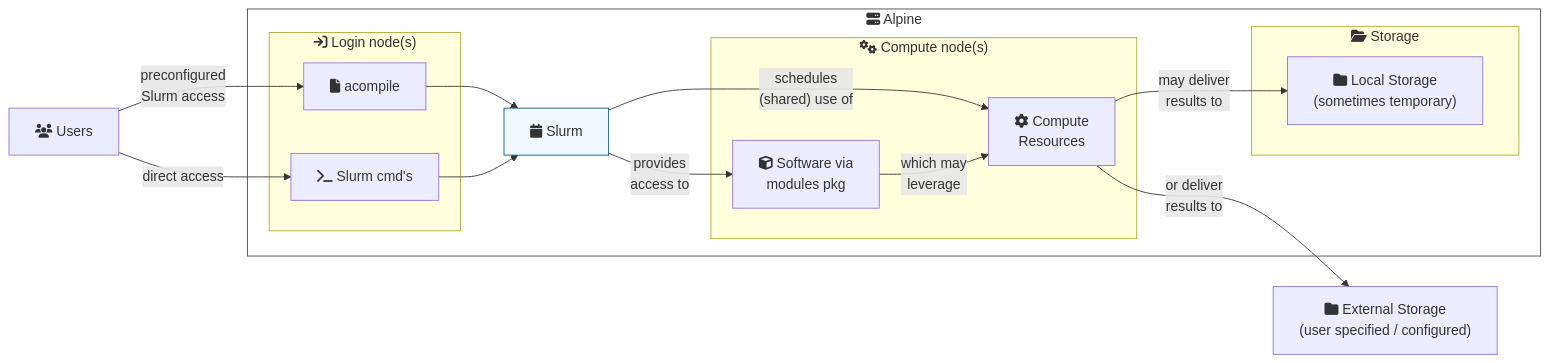
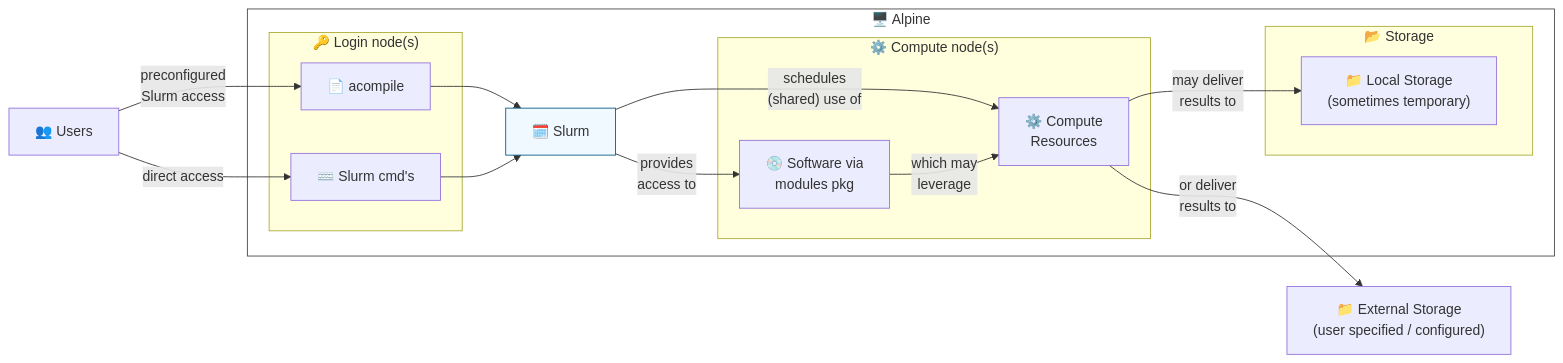
The third of 7 diagrams in README.md (CU-DBMI/example-hpc-alpine-python), drawn with Mermaid before and after one commit. The commit also changed other lines of this file, not shown here.

````diff
--- a/README.md
+++ b/README.md
@@ -80,31 +79,30 @@
 ```mermaid
 flowchart LR
-    users["fa:fa-users Users"]
-    subgraph alpine["fa:fa-server Alpine"]
-        acompile["fa:fa-file acompile"]
-        slurm["fa:fa-calendar Slurm"]
-        subgraph login_nodes["fa:fa-sign-in Login node(s)"]
-            acompile["fa:fa-file acompile"]
-            slurm_cmd["fa:fa-terminal Slurm cmd's"]
+    users["👥 Users"]
+    subgraph alpine["🖥️ Alpine"]
+        slurm["🗓️ Slurm"]
+        subgraph login_nodes["🔑 Login node(s)"]
+            acompile["📄 acompile"]
+            slurm_cmd["⌨️ Slurm cmd's"]
         end
-        subgraph compute_nodes["fa:fa-cogs Compute node(s)"]
-            hardware["fa:fa-cog Compute\nResources"]
-            modules["fa:fa-cube Software via\nmodules pkg"]
+        subgraph compute_nodes["⚙️ Compute node(s)"]
+            hardware["⚙️ Compute\nResources"]
+            modules["💿 Software via\nmodules pkg"]
         end
         
-        subgraph storage["fa:fa-folder-open Storage"]
-            local_storage["fa:fa-folder Local Storage\n(sometimes temporary)"]
+        subgraph storage["📂 Storage"]
+            local_storage["📁 Local Storage\n(sometimes temporary)"]
         end
     end
-    remote_storage["fa:fa-folder External Storage\n(user specified / configured)"]
+    remote_storage["📁 External Storage\n(user specified / configured)"]
 
     users --> | preconfigured\nSlurm access| acompile --> slurm
     users --> | direct access | slurm_cmd --> slurm
     slurm --> |"schedules\n(shared) use of"| hardware
     slurm --> | provides\naccess to| modules --> | which may\n leverage| hardware
     hardware --> | may deliver\nresults to| local_storage
     hardware --> | or deliver\nresults to| remote_storage
 
 style alpine fill:#ffffff,stroke:#444444;
 style slurm fill:#F0F9FF,stroke:#075985;
 ```
````
